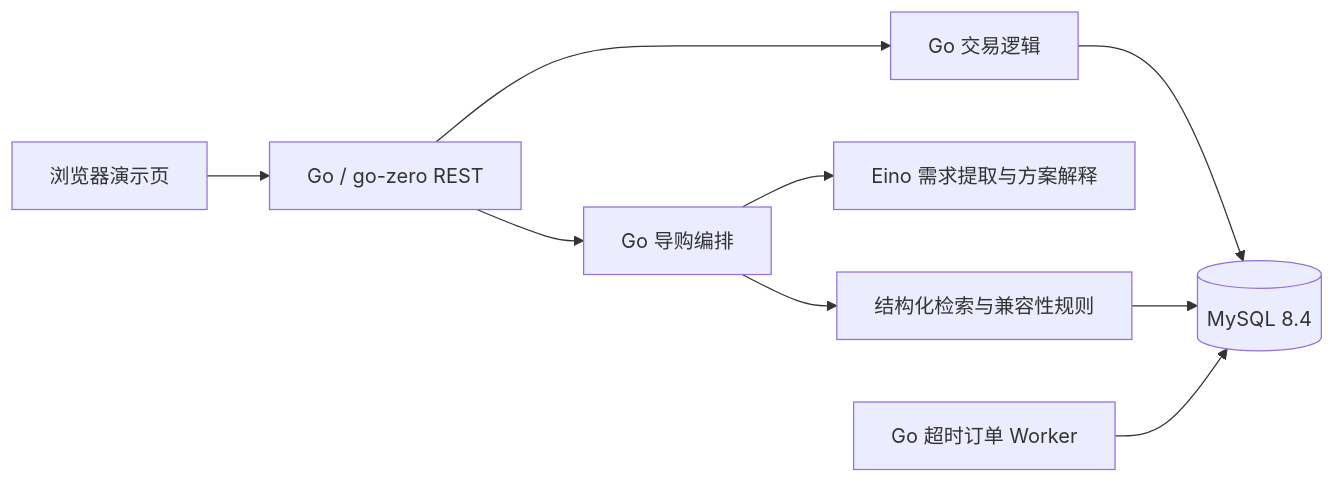
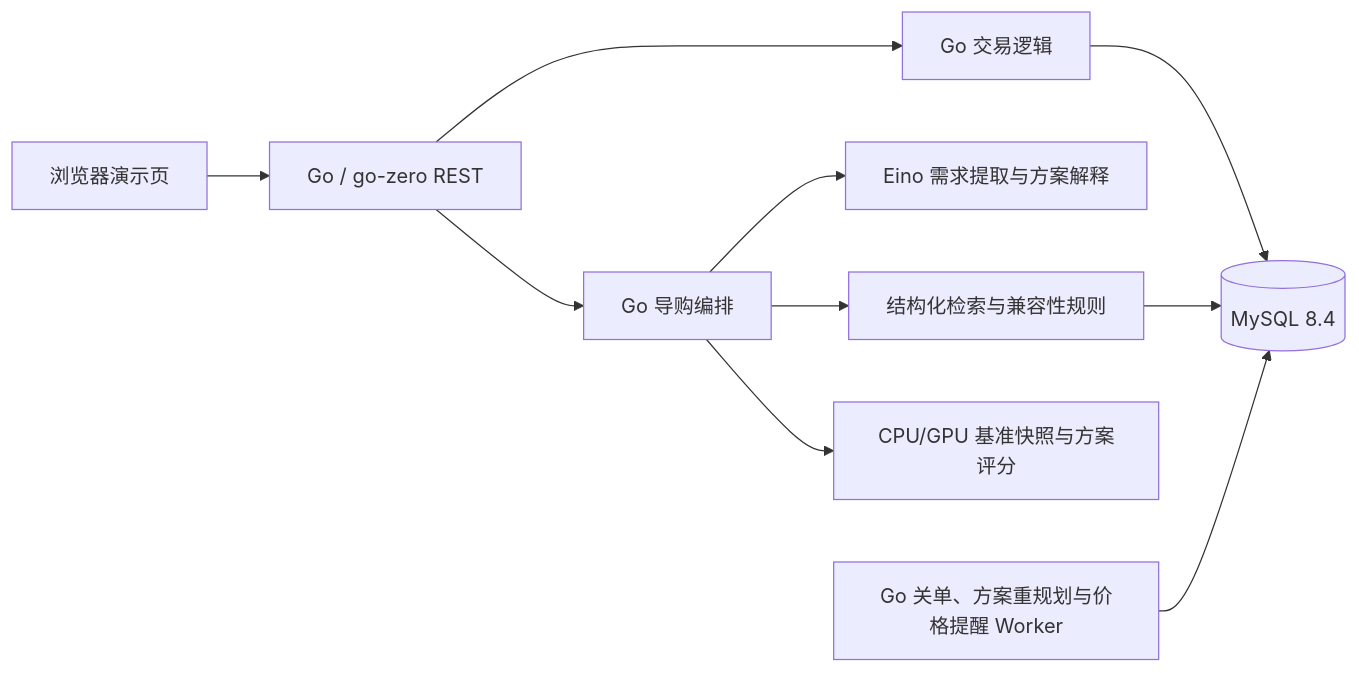
Before and after one commit to fishcakezzz/GoGuide: the diagram in docs/ARCHITECTURE.md, drawn with Mermaid. The commit also changed other lines of this file and 29 other files, not shown here.

````diff
--- a/docs/ARCHITECTURE.md
+++ b/docs/ARCHITECTURE.md
@@ -5,11 +5,12 @@
 ```mermaid
 flowchart LR
     UI[浏览器演示页] --> API[Go / go-zero REST]
     API --> Trade[Go 交易逻辑]
     API --> Guide[Go 导购编排]
     Guide --> Eino[Eino 需求提取与方案解释]
     Guide --> Rules[结构化检索与兼容性规则]
+    Guide --> Score[CPU/GPU 基准快照与方案评分]
     Trade --> DB[(MySQL 8.4)]
     Rules --> DB
-    Worker[Go 超时订单 Worker] --> DB
+    Worker[Go 关单、方案重规划与价格提醒 Worker] --> DB
 ```
````
